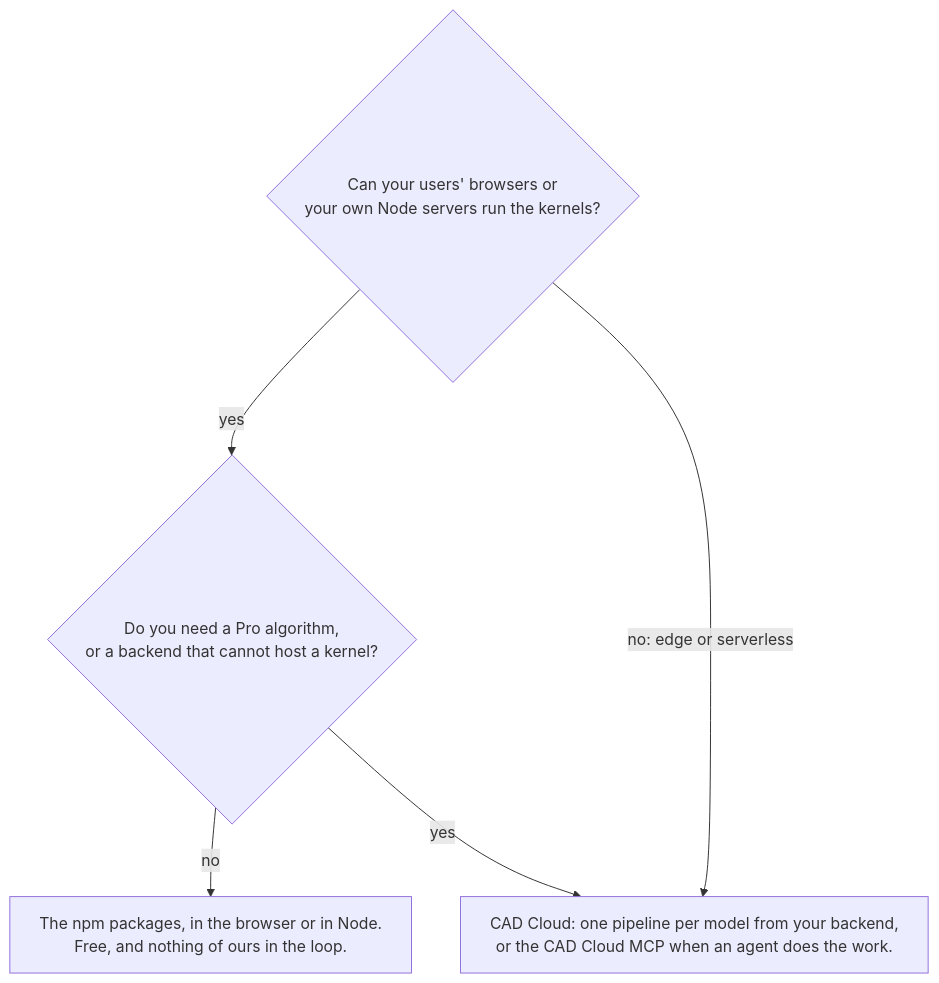
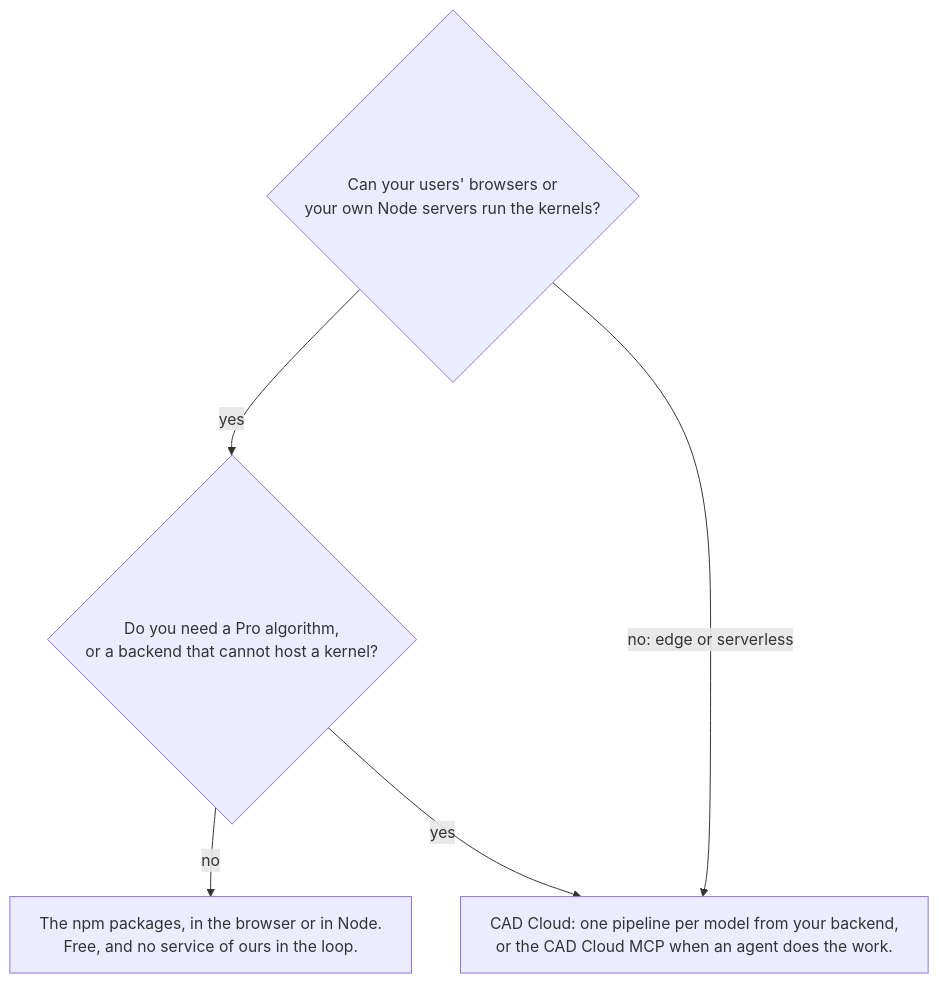
The diagram in docs/learn/using-ai-with-bitbybit/agentic-cad.md (bitbybit-dev/bitbybit), drawn with Mermaid before and after one commit. The commit also changed other lines of this file and 131 other files, not shown here.

````diff
--- a/docs/learn/using-ai-with-bitbybit/agentic-cad.md
+++ b/docs/learn/using-ai-with-bitbybit/agentic-cad.md
@@ -37,12 +37,12 @@
 ```mermaid
 %%{init: {"flowchart": {"wrappingWidth": 420}}}%%
 flowchart TD
     Q1{"Can your users' browsers or<br/>your own Node servers run the kernels?"}
     Q2{"Do you need a Pro algorithm,<br/>or a backend that cannot host a kernel?"}
-    P["The npm packages, in the browser or in Node.<br/>Free, and nothing of ours in the loop."]
+    P["The npm packages, in the browser or in Node.<br/>Free, and no service of ours in the loop."]
     C["CAD Cloud: one pipeline per model from your backend,<br/>or the CAD Cloud MCP when an agent does the work."]
     Q1 -->|yes| Q2
     Q1 -->|no: edge or serverless| C
     Q2 -->|no| P
     Q2 -->|yes| C
 ```
````
